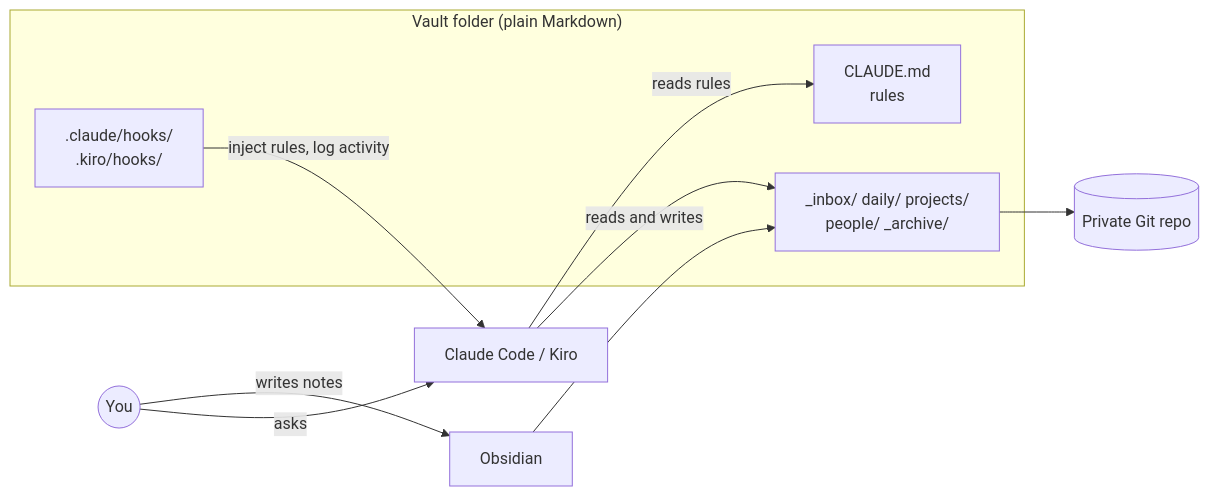
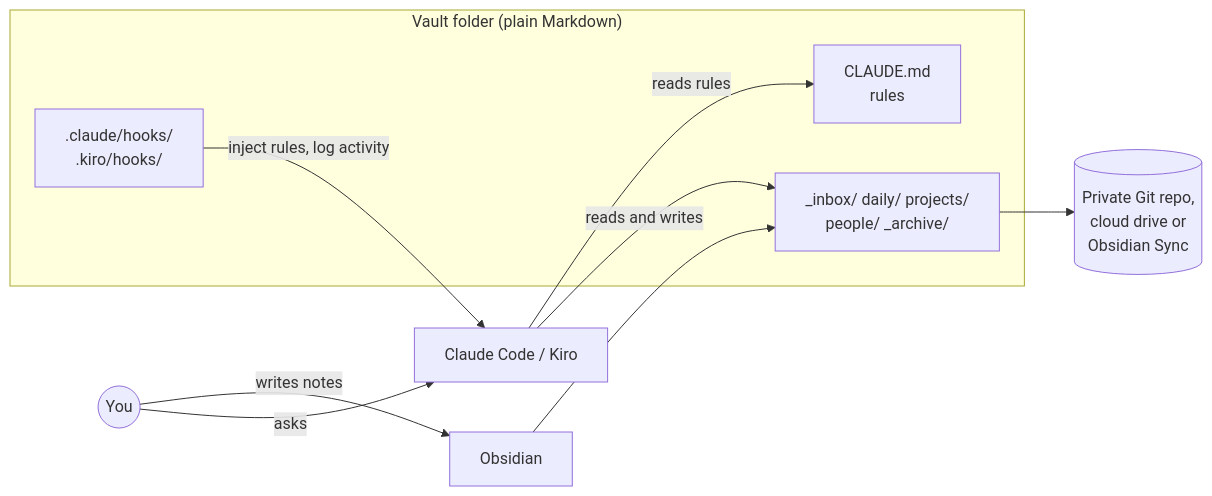
Before and after one commit to shaynemeyer/vault-template: the first of 8 diagrams in _archive/docs/user-guide.md, drawn with Mermaid. The commit also changed other lines of this file and 1 other file, not shown here.

Commit message:
Document storage options beyond a private GitHub repo

````diff
--- a/_archive/docs/user-guide.md
+++ b/_archive/docs/user-guide.md
@@ -30,16 +32,16 @@
 ```mermaid
 flowchart LR
     You((You))
     subgraph Vault["Vault folder (plain Markdown)"]
         MD[CLAUDE.md<br/>rules]
         F[_inbox/ daily/ projects/<br/>people/ _archive/]
         H[.claude/hooks/<br/>.kiro/hooks/]
     end
     You -->|writes notes| O[Obsidian]
     You -->|asks| A[Claude Code / Kiro]
     O --> F
     A -->|reads rules| MD
     A -->|reads and writes| F
     H -->|inject rules, log activity| A
-    F --> G[(Private Git repo)]
+    F --> G[(Private Git repo,<br/>cloud drive or<br/>Obsidian Sync)]
 ```
````
